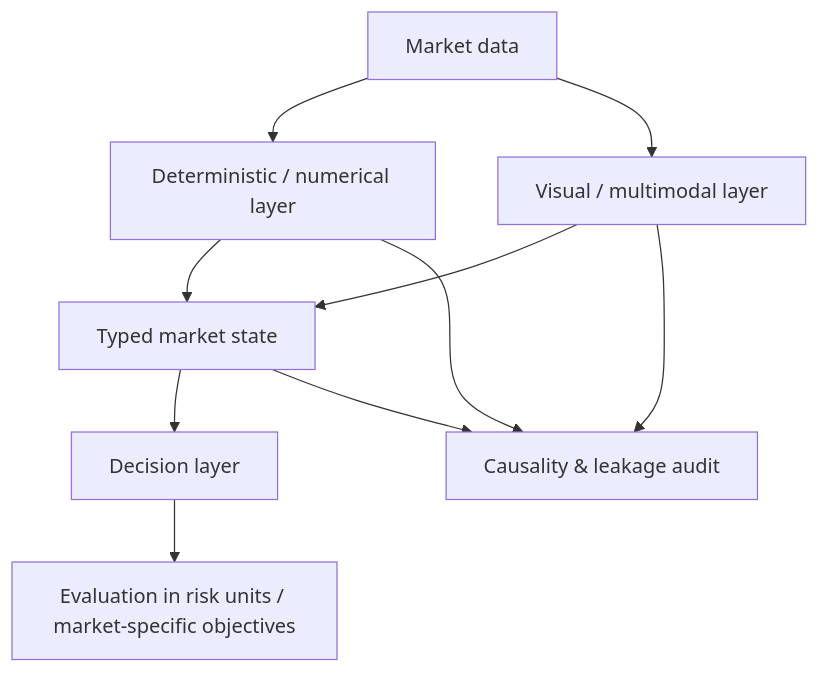
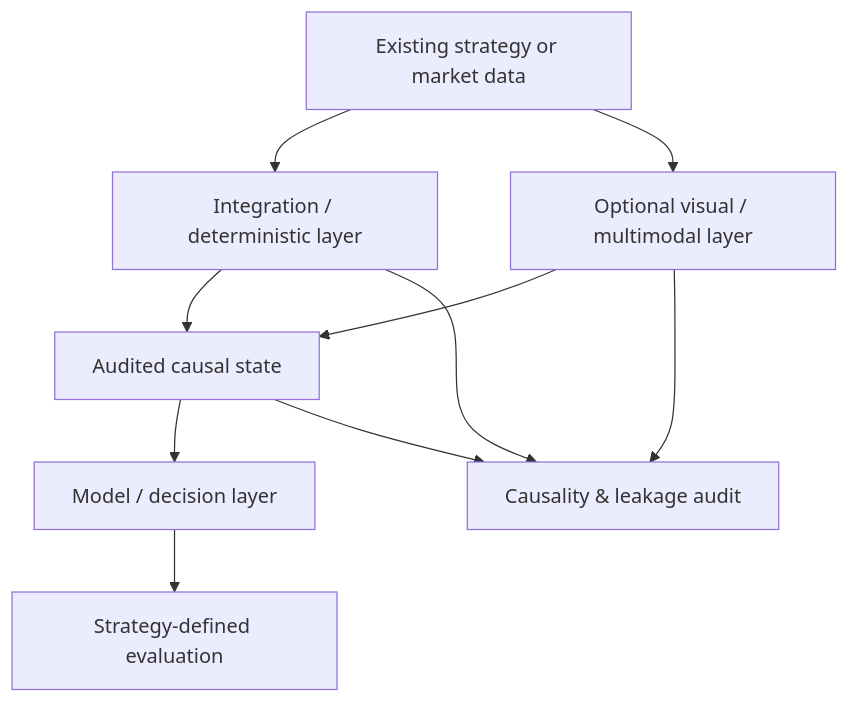
The diagram in README.md (bobbonauta/Multimodal-Market-AI), drawn with Mermaid before and after one commit. The commit also changed other lines of this file, not shown here.

````diff
--- a/README.md
+++ b/README.md
@@ -21,13 +77,13 @@
 ```mermaid
 flowchart TD
-    A[Market data] --> B[Deterministic / numerical layer]
-    A --> C[Visual / multimodal layer]
-    B --> D[Typed market state]
+    A[Existing strategy or market data] --> B[Integration / deterministic layer]
+    A --> C[Optional visual / multimodal layer]
+    B --> D[Audited causal state]
     C --> D
-    D --> E[Decision layer]
-    E --> F[Evaluation in risk units / market-specific objectives]
+    D --> E[Model / decision layer]
+    E --> F[Strategy-defined evaluation]
 
     B --> G[Causality & leakage audit]
     C --> G
     D --> G
 ```
````
